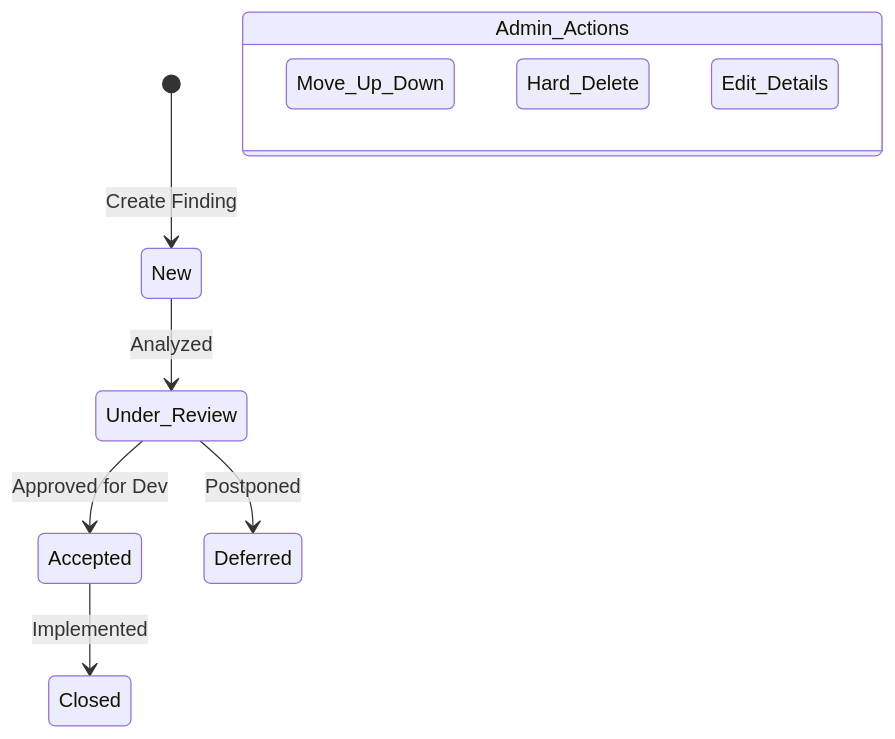
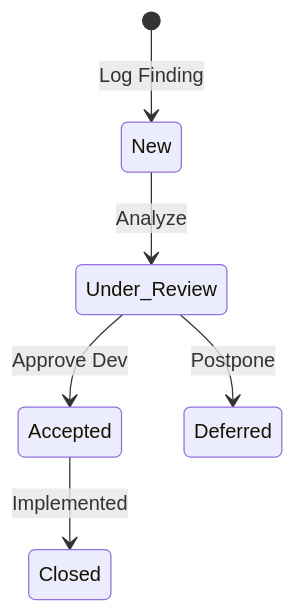
The tenth of 12 diagrams in docs/WORKFLOW_ARCHITECTURE.md (mmuaibed/Tadweerah-Hub), drawn with Mermaid before and after one commit. The commit also changed other lines of this file, not shown here.

Commit message:
docs: restructure workflow architecture to separate current vs future scope and add licensed transporter and recycled materials markets

````diff
--- a/docs/WORKFLOW_ARCHITECTURE.md
+++ b/docs/WORKFLOW_ARCHITECTURE.md
@@ -304,14 +336,8 @@
 ```mermaid
 stateDiagram-v2
-    [*] --> New: Create Finding
-    New --> Under_Review: Analyzed
-    Under_Review --> Accepted: Approved for Dev
-    Under_Review --> Deferred: Postponed
+    [*] --> New: Log Finding
+    New --> Under_Review: Analyze
+    Under_Review --> Accepted: Approve Dev
     Accepted --> Closed: Implemented
-    
-    state Admin_Actions {
-        Move_Up_Down
-        Hard_Delete
-        Edit_Details
-    }
+    Under_Review --> Deferred: Postpone
 ```
````
